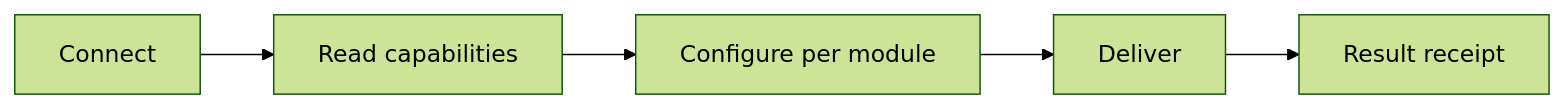
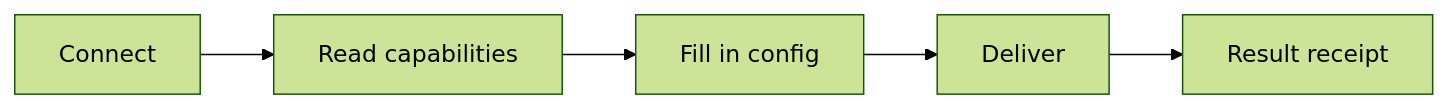
Before and after one commit to Oreofilling/wiki-documents: the diagram in i18n/en/docusaurus-plugin-content-docs/current/7-neolinker/2-user-guide/3-provision-device.md, drawn with Mermaid (forest theme). The commit also changed other lines of this file and 15 other files, not shown here.

````diff
--- a/i18n/en/docusaurus-plugin-content-docs/current/7-neolinker/2-user-guide/3-provision-device.md
+++ b/i18n/en/docusaurus-plugin-content-docs/current/7-neolinker/2-user-guide/3-provision-device.md
@@ -11,4 +11,4 @@
 ```mermaid
 flowchart LR
-    A["Connect"] --> B["Read capabilities"] --> C["Configure per module"] --> D["Deliver"] --> E["Result receipt"]
+    A["Connect"] --> B["Read capabilities"] --> C["Fill in config"] --> D["Deliver"] --> E["Result receipt"]
 ```
````
